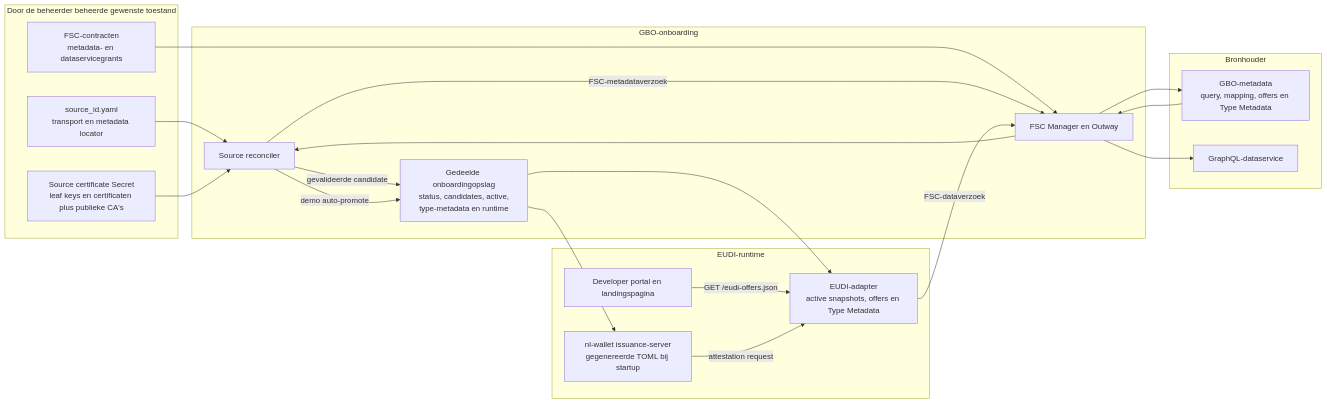
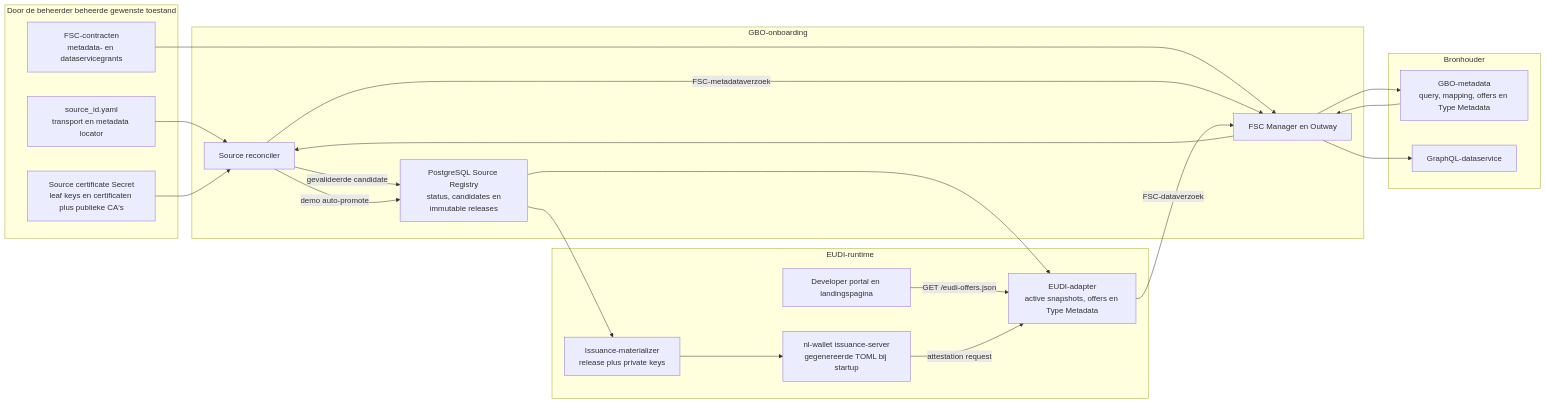
The first of 2 diagrams in docs/source-onboarding.md (ICTU/GBO-demo), drawn with Mermaid before and after one commit. The commit also changed other lines of this file and 2 other files, not shown here.

Commit message:
docs(eudi): describe PostgreSQL onboarding registry

````diff
--- a/docs/source-onboarding.md
+++ b/docs/source-onboarding.md
@@ -25,41 +25,43 @@
 ```mermaid
 flowchart LR
     subgraph Desired["Door de beheerder beheerde gewenste toestand"]
         S["source_id.yaml<br/>transport en metadata locator"]
         K["Source certificate Secret<br/>leaf keys en certificaten plus publieke CA's"]
         C["FSC-contracten<br/>metadata- en dataservicegrants"]
     end
 
     subgraph Provider["Bronhouder"]
-        M["GBO-metadata<br/>query, mapping, offers en Type Metadata"]
+        G["GBO-metadata<br/>query, mapping, offers en Type Metadata"]
         D["GraphQL-dataservice"]
     end
 
     subgraph Onboarding["GBO-onboarding"]
         R["Source reconciler"]
         F["FSC Manager en Outway"]
-        P["Gedeelde onboardingopslag<br/>status, candidates, active,<br/>type-metadata en runtime"]
+        P["PostgreSQL Source Registry<br/>status, candidates en<br/>immutable releases"]
     end
 
     subgraph Runtime["EUDI-runtime"]
         A["EUDI-adapter<br/>active snapshots, offers en Type Metadata"]
+        M["Issuance-materializer<br/>release plus private keys"]
         I["nl-wallet issuance-server<br/>gegenereerde TOML bij startup"]
         U["Developer portal en landingspagina"]
     end
 
     S --> R
     K --> R
     C --> F
     R -->|"FSC-metadataverzoek"| F
-    F --> M
-    M --> F
+    F --> G
+    G --> F
     F --> R
     R -->|"gevalideerde candidate"| P
     R -->|"demo auto-promote"| P
     P --> A
-    P --> I
+    P --> M
+    M --> I
     U -->|"GET /eudi-offers.json"| A
     I -->|"attestation request"| A
     A -->|"FSC-dataverzoek"| F
     F --> D
 ```
````
